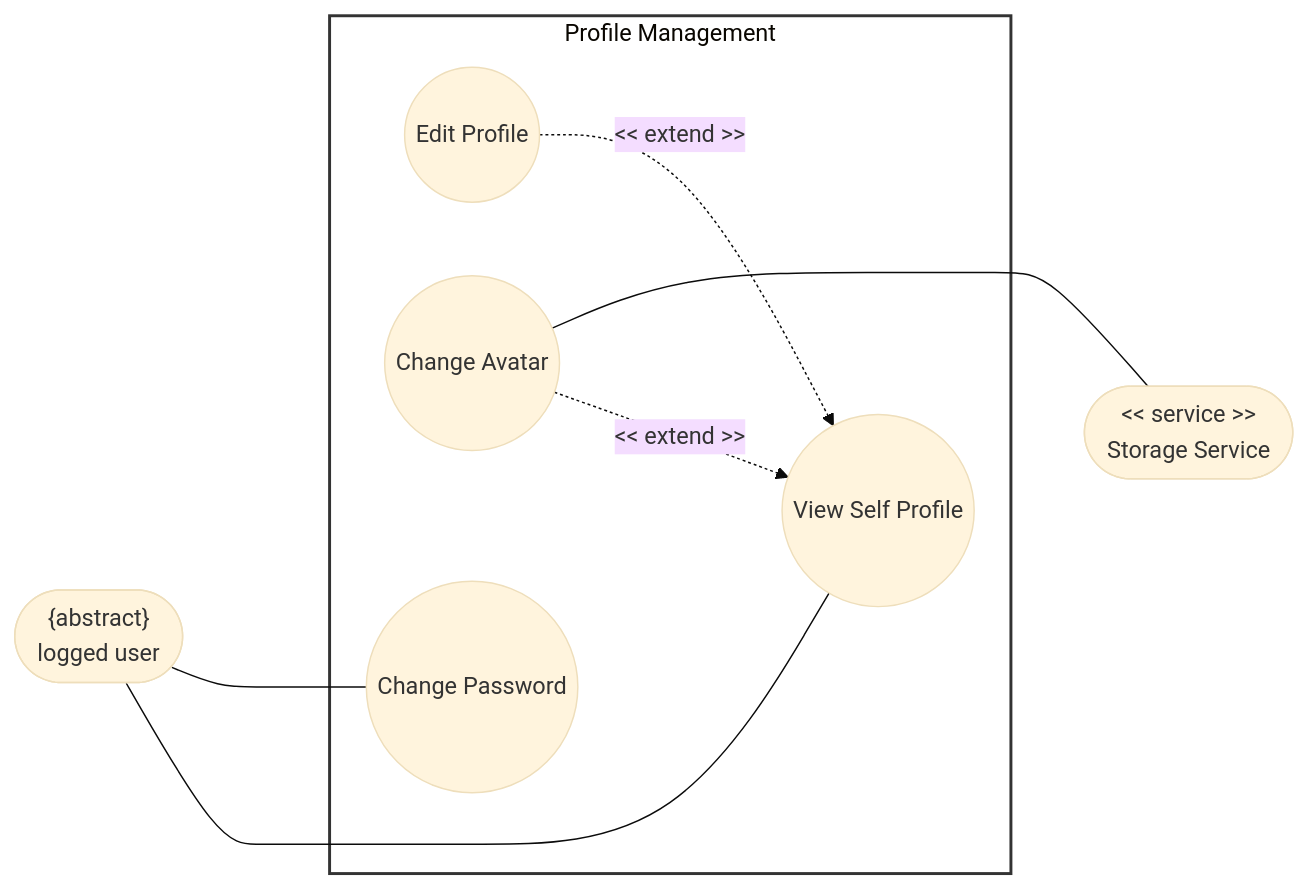
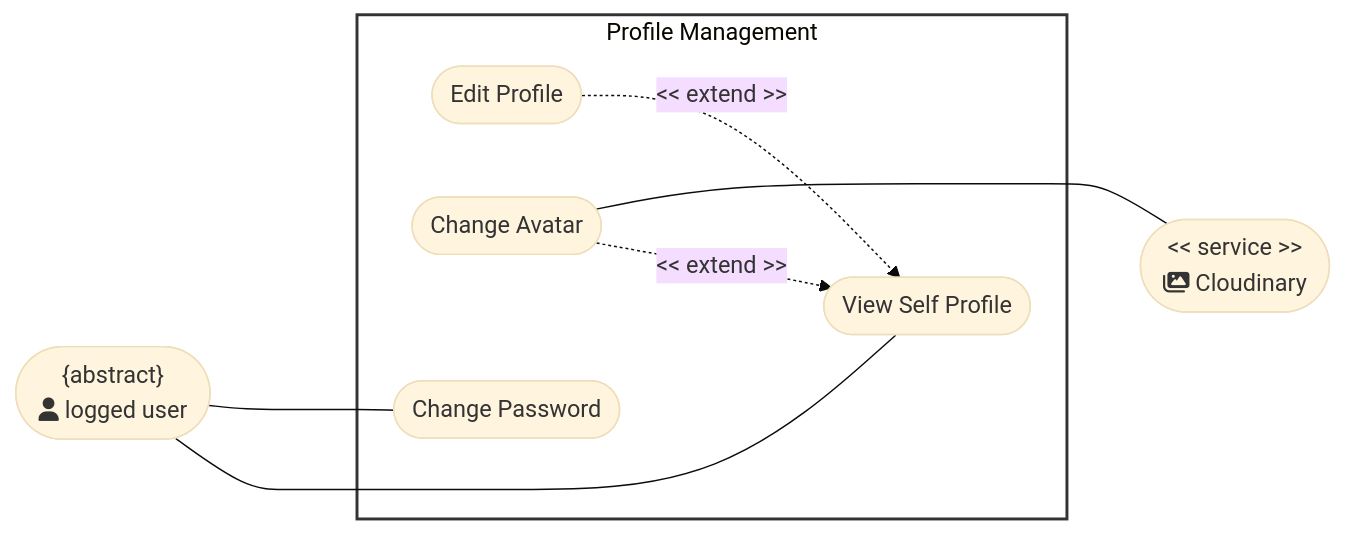
One commit to DuyNhat1705/AmeThyst-Library changed the third of 9 diagrams in docs/management/PA3/Use-CaseSpecification.md. Above: the diagram before and after it, drawn with Mermaid (base theme). The commit also changed other lines of this file, not shown here.

````diff
--- a/docs/management/PA3/Use-CaseSpecification.md
+++ b/docs/management/PA3/Use-CaseSpecification.md
@@ -875,29 +879,29 @@
 ```mermaid
 flowchart LR
     %% Actors
-    ActorLeft(["<center>{abstract} <br> logged user</center>"])
-    ActorRight(["<center>&lt&lt; service &gt&gt; <br> Storage Service</center>"]) 
+    ActorLeft(["<center>{abstract} <br> fa:fa-user logged user</center>"])
+    ActorRight(["<center>&lt&lt; service &gt&gt; <br>fa:fa-images Cloudinary</center>"]) 
 
     %% System Boundary
     subgraph ProfileManagement [Profile Management]
-        UC1((View Self Profile))
-        UC2((Edit Profile))
-        UC3((Change Avatar))
-        UC4((Change Password))
+        UC1([View Self Profile])
+        UC2([Edit Profile])
+        UC3([Change Avatar])
+        UC4([Change Password])
     end
     
 	ActorLeft ~~~~~ ProfileManagement ~~~ ActorRight
 
     %% Relationships
     ActorLeft --- UC1
     ActorLeft --- UC4
     
     UC2 -. "<< extend >>" .-> UC1
     UC3 -. "<< extend >>" .-> UC1
     
     UC3  --- ActorRight 
    
     %% Styling to make it clean
     style ProfileManagement fill:#fff,stroke:#333,stroke-width:2px
 
 ```
````
